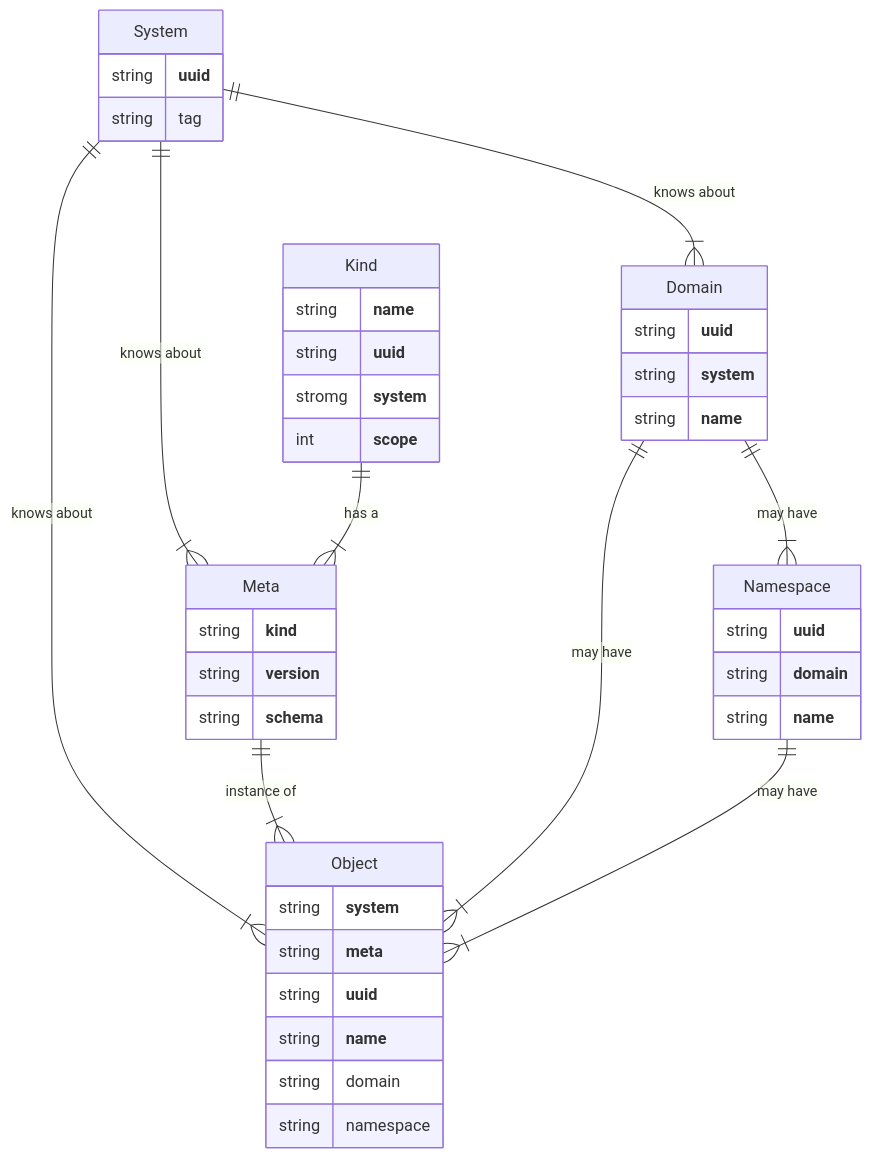
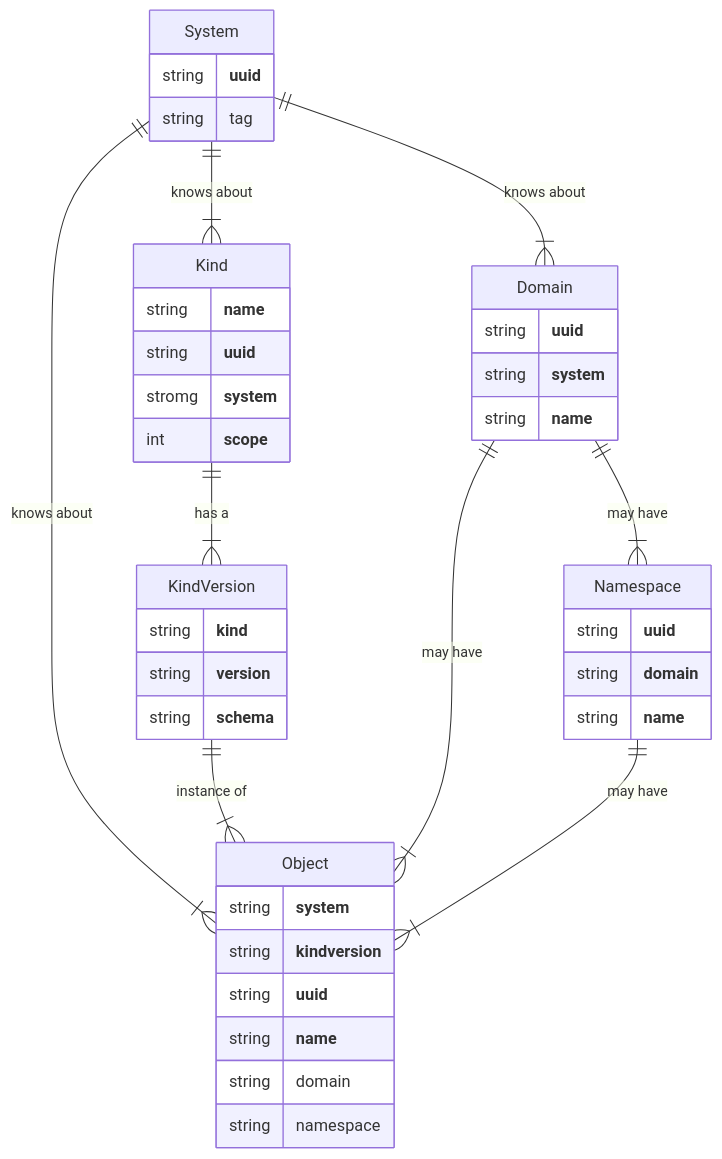
The fourth of 4 diagrams in docs/reference.md (relexec/rxp), drawn with Mermaid before and after one commit. The commit also changed other lines of this file and 25 other files, not shown here.

First line of the commit message:
rename Meta to KindVersion

````diff
--- a/docs/reference.md
+++ b/docs/reference.md
@@ -169,44 +167,44 @@
 ```mermaid
 erDiagram
-    System ||--|{ Meta : "knows about"
+    System ||--|{ Kind : "knows about"
     System ||--|{ Domain : "knows about"
     System ||--|{ Object : "knows about"
-    Kind ||--|{ Meta : "has a"
-    Meta ||--|{ Object : "instance of"
+    Kind ||--|{ KindVersion : "has a"
+    KindVersion ||--|{ Object : "instance of"
     Domain ||--|{ Namespace : "may have"
     Domain ||--|{ Object : "may have"
     Namespace ||--|{ Object : "may have"
     System {
         string **uuid**
         string tag
     }
     Kind {
         string **name**
         string **uuid**
         stromg **system**
         int **scope**
     }
-    Meta{
+    KindVersion{
         string **kind**
         string **version**
         string **schema**
     }
     Domain{
         string **uuid**
         string **system**
         string **name**
     }
     Namespace{
         string **uuid**
         string **domain**
         string **name**
     }
     Object{
         string **system**
-        string **meta**
+        string **kindversion**
         string **uuid**
         string **name**
         string domain
         string namespace
     }
 ```
````
